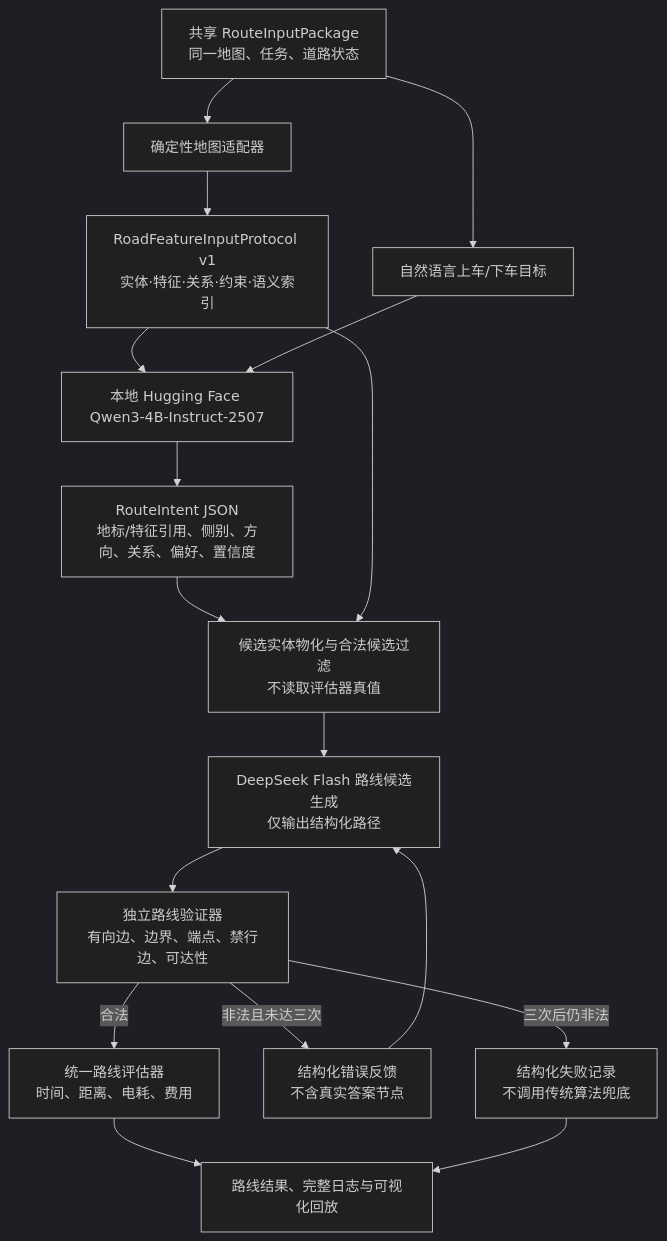
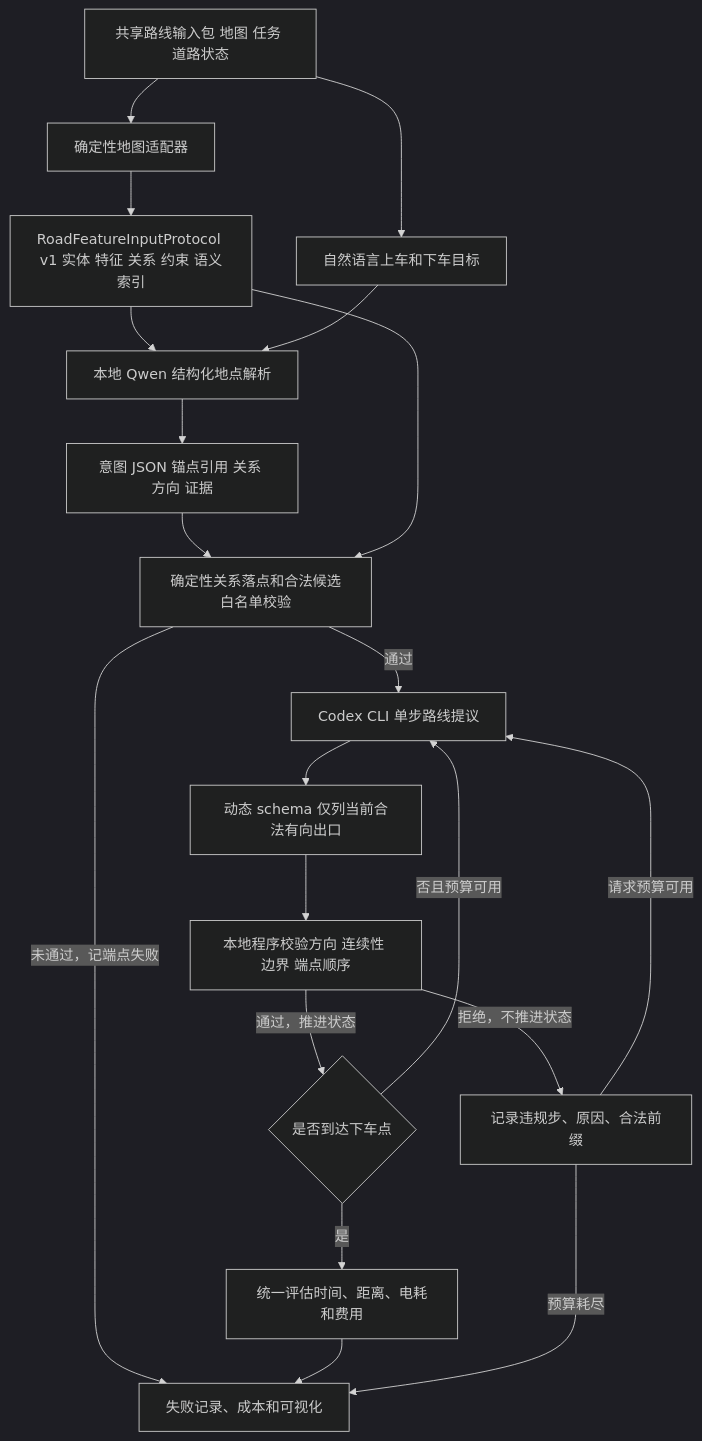
The diagram in docs/route-layer-r4-agent-workflow-design-2026-10-16.md (RoystonZheng/Royston_EI), drawn with Mermaid (dark theme) before and after one commit. The commit also changed other lines of this file and 1454 other files, not shown here.

````diff
--- a/docs/route-layer-r4-agent-workflow-design-2026-10-16.md
+++ b/docs/route-layer-r4-agent-workflow-design-2026-10-16.md
@@ -26,19 +26,22 @@
 ```mermaid
 flowchart TD
-    A[共享 RouteInputPackage<br/>同一地图、任务、道路状态] --> B[确定性地图适配器]
-    B --> C[RoadFeatureInputProtocol v1<br/>实体·特征·关系·约束·语义索引]
-    A --> D[自然语言上车/下车目标]
-    C --> E[本地 Hugging Face Qwen3-4B-Instruct-2507]
+    A[共享路线输入包 地图 任务 道路状态] --> B[确定性地图适配器]
+    B --> C[RoadFeatureInputProtocol v1 实体 特征 关系 约束 语义索引]
+    A --> D[自然语言上车和下车目标]
+    C --> E[本地 Qwen 结构化地点解析]
     D --> E
-    E --> F[RouteIntent JSON<br/>地标/特征引用、侧别、方向、关系、偏好、置信度]
-    F --> G[候选实体物化与合法候选过滤<br/>不读取评估器真值]
+    E --> F[意图 JSON 锚点引用 关系 方向 证据]
+    F --> G[确定性关系落点和合法候选白名单校验]
     C --> G
-    G --> H[DeepSeek Flash 路线候选生成<br/>仅输出结构化路径]
-    H --> I[独立路线验证器<br/>有向边、边界、端点、禁行边、可达性]
-    I -->|合法| J[统一路线评估器<br/>时间、距离、电耗、费用]
-    J --> K[路线结果、完整日志与可视化回放]
-    I -->|非法且未达三次| L[结构化错误反馈<br/>不含真实答案节点]
-    L --> H
-    I -->|三次后仍非法| M[结构化失败记录<br/>不调用传统算法兜底]
+    G -->|未通过，记端点失败| K[失败记录、成本和可视化]
+    G -->|通过| H[Codex CLI 单步路线提议]
+    H --> I[动态 schema 仅列当前合法有向出口]
+    I --> J[本地程序校验方向 连续性 边界 端点顺序]
+    J -->|通过，推进状态| L{是否到达下车点}
+    L -->|否且预算可用| H
+    L -->|是| M[统一评估时间、距离、电耗和费用]
     M --> K
+    J -->|拒绝，不推进状态| N[记录违规步、原因、合法前缀]
+    N -->|请求预算可用| H
+    N -->|预算耗尽| K
 ```
````
